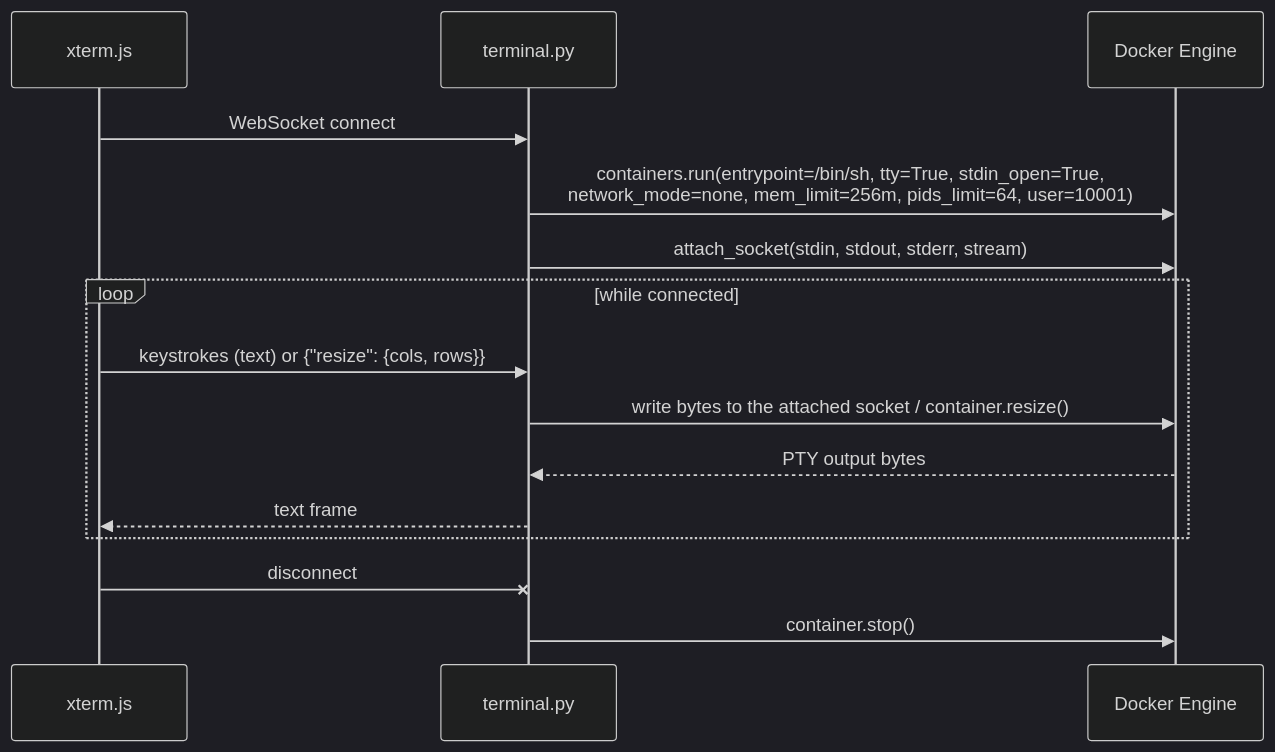
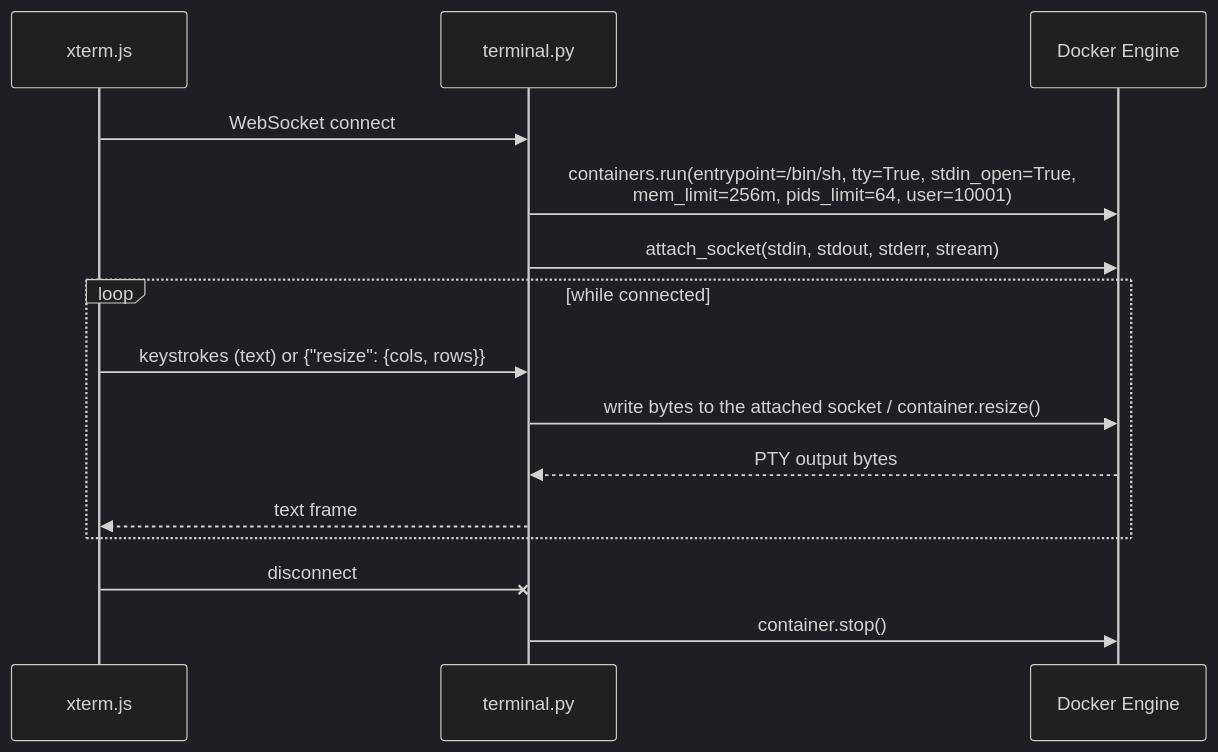
The fourth of 5 diagrams in SYSTEM_DESIGN.md (Rakesh-Tummala/Python_codeeditor), drawn with Mermaid (dark theme) before and after one commit. The commit also changed other lines of this file and 23 other files, not shown here.

````diff
--- a/SYSTEM_DESIGN.md
+++ b/SYSTEM_DESIGN.md
@@ -247,17 +247,17 @@
 ```mermaid
 sequenceDiagram
     participant FE as xterm.js
     participant BE as terminal.py
     participant Docker as Docker Engine
     FE->>BE: WebSocket connect
-    BE->>Docker: containers.run(entrypoint=/bin/sh, tty=True, stdin_open=True,<br/>network_mode=none, mem_limit=256m, pids_limit=64, user=10001)
+    BE->>Docker: containers.run(entrypoint=/bin/sh, tty=True, stdin_open=True,<br/>mem_limit=256m, pids_limit=64, user=10001)
     BE->>Docker: attach_socket(stdin, stdout, stderr, stream)
     loop while connected
         FE->>BE: keystrokes (text) or {"resize": {cols, rows}}
         BE->>Docker: write bytes to the attached socket / container.resize()
         Docker-->>BE: PTY output bytes
         BE-->>FE: text frame
     end
     FE-xBE: disconnect
     BE->>Docker: container.stop()
 ```
````
